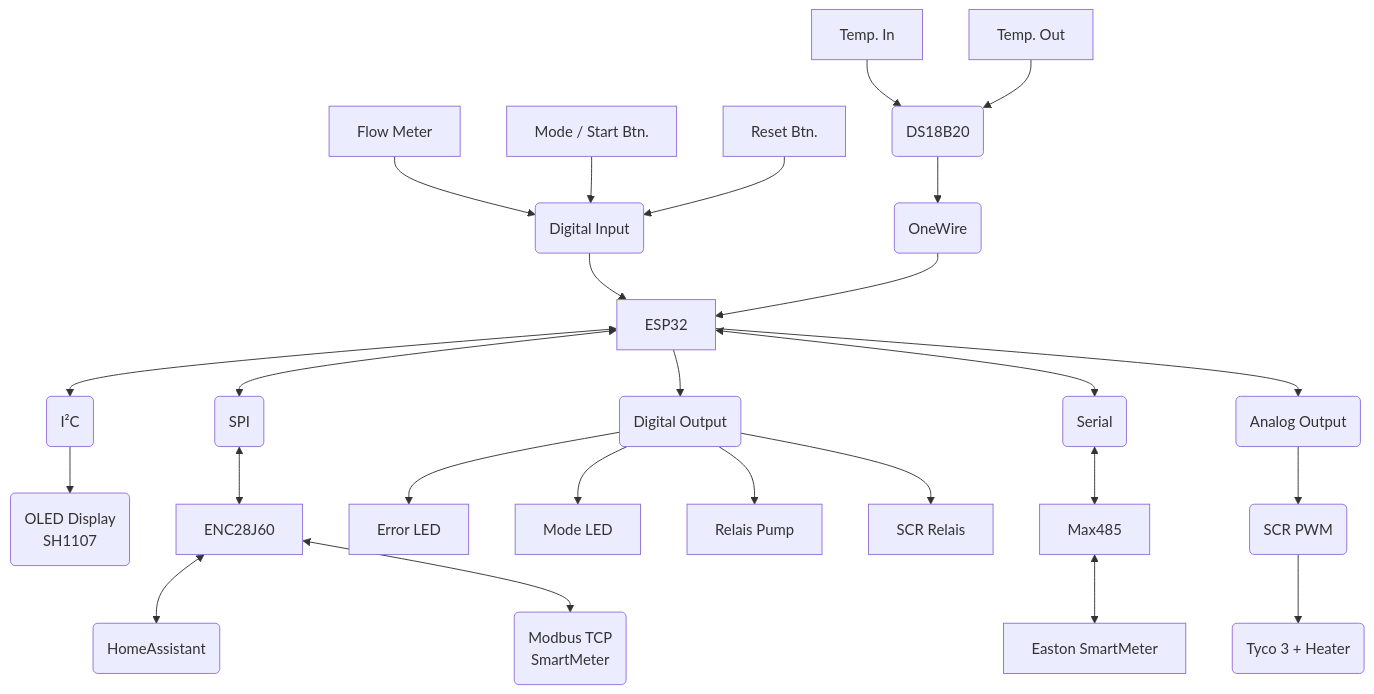
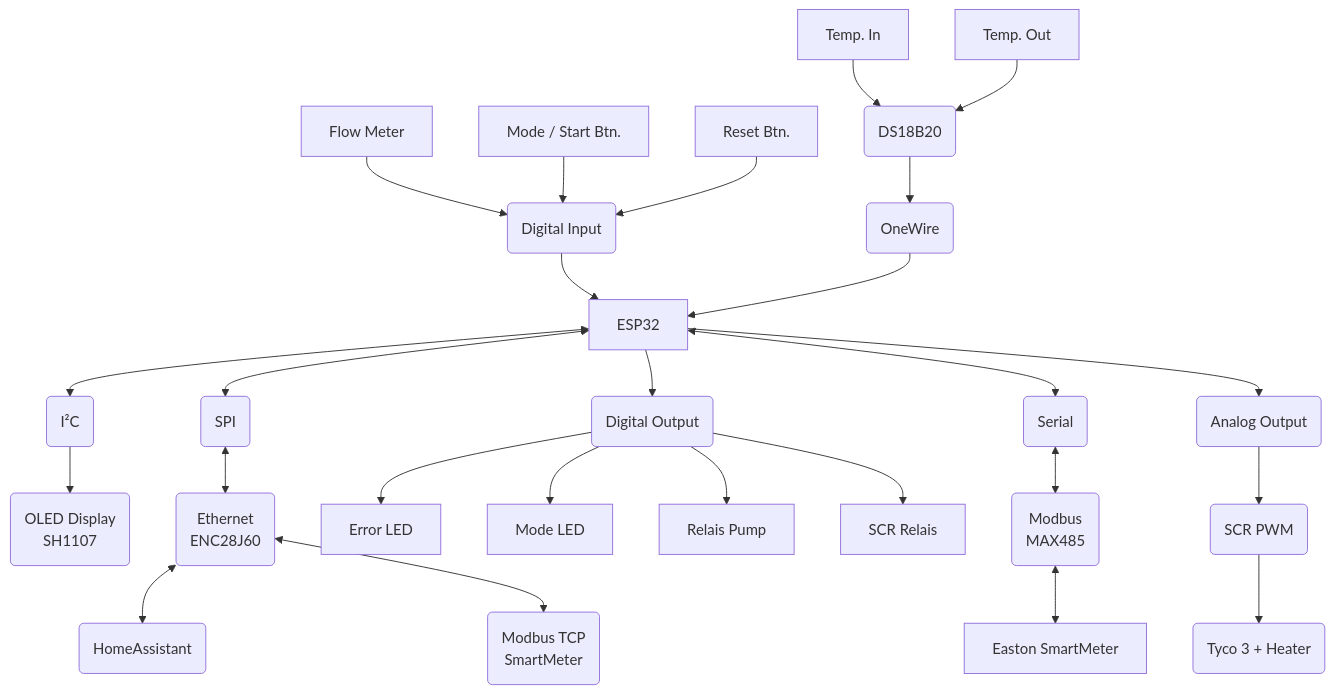
Before and after one commit to Gamer08YT/PVHeating: the diagram in README.md, drawn with Mermaid.

Commit message:
Update README.md mermaid diagram with detailed labels for ENC28J60 and MAX485 connections

````diff
--- a/README.md
+++ b/README.md
@@ -43,29 +43,29 @@
 ```mermaid
 graph TD
     ESP32 <--> SPI(SPI)
     ESP32 <--> I2C(I²C)
     I2C --> Display(OLED Display<br> SH1107) 
-    SPI <--> ENC28J60
+    SPI <--> ENC28J60(Ethernet<br>ENC28J60)
     Flow[Flow Meter] --> DigitalIn
     DigitalIn(Digital Input) --> ESP32
     Mode[Mode / Start Btn.] --> DigitalIn
     Reset[Reset Btn.] --> DigitalIn
     ESP32 --> DigitalOut(Digital Output)
     ENC28J60 <--> HA(HomeAssistant)
     ENC28J60 <--> TCP(Modbus TCP<br>SmartMeter)
     DigitalOut --> ErrorLed[Error LED]
     DigitalOut --> ModeLed[Mode LED]
     DigitalOut --> Pump[Relais Pump]
     DigitalOut --> SCR[SCR Relais]
     ESP32 <--> Serial(Serial)
-    Serial <--> Max485
+    Serial <--> Max485(Modbus<br>MAX485)
     Max485 <--> SmartMeter[Easton SmartMeter]
     OneWire(OneWire) --> ESP32
     DS18B20(DS18B20) --> OneWire
     TempIn[Temp. In] --> DS18B20
     TempOut[Temp. Out] --> DS18B20
     ESP32 --> Analog(Analog Output)
     Analog --> PWM(SCR PWM)
     PWM --> Tyco(Tyco 3 + Heater)
 
 ```
````
